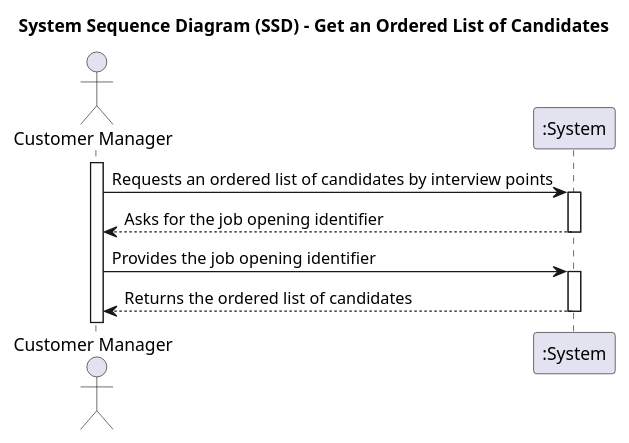
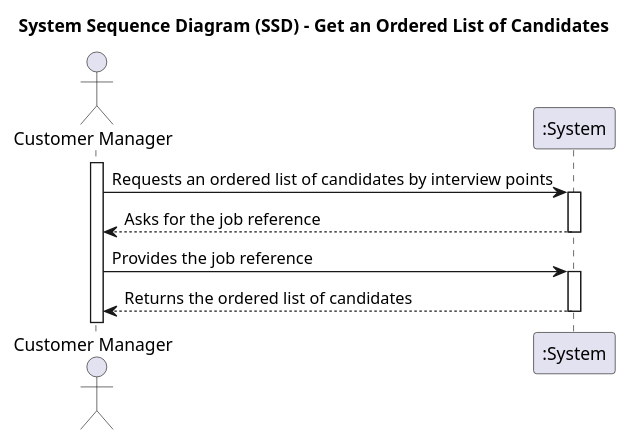
The diagram in docs/sprintC/US1019/01.requirements-engineering/puml/SSD.puml (Mendoncaa/LAPR4), drawn with PlantUML before and after one commit. The commit also changed 3 other files, not shown here.

```diff
--- a/docs/sprintC/US1019/01.requirements-engineering/puml/SSD.puml
+++ b/docs/sprintC/US1019/01.requirements-engineering/puml/SSD.puml
@@ -1,23 +1,23 @@
 @startuml
 
 title System Sequence Diagram (SSD) - Get an Ordered List of Candidates
 
 actor "Customer Manager" as CM
 participant ":System" as S
 
 activate CM
 
 CM -> S : Requests an ordered list of candidates by interview points
 activate S
-S --> CM : Asks for the job opening identifier
+S --> CM : Asks for the job reference
 deactivate S
 
 
-CM -> S : Provides the job opening identifier
+CM -> S : Provides the job reference
 activate S
 
 S --> CM : Returns the ordered list of candidates
 deactivate S
 
 
 @enduml
```
